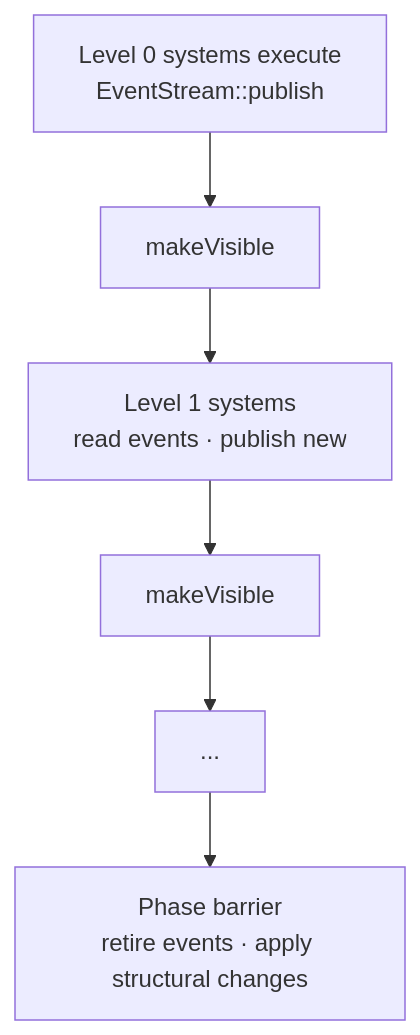
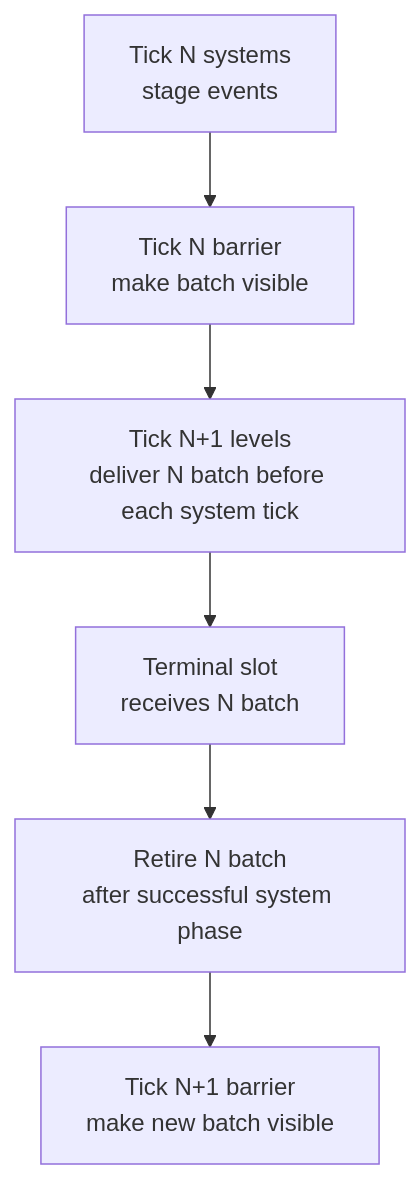
The second of 2 diagrams in 04 Design Docs/Systems/Game Loop — Frame Flow.md (techattackteam/TechEngine-vault), drawn with Mermaid before and after one commit. The commit also changed other lines of this file and 20 other files, not shown here.

````diff
--- a/04 Design Docs/Systems/Game Loop — Frame Flow.md
+++ b/04 Design Docs/Systems/Game Loop — Frame Flow.md
@@ -117,6 +121,8 @@
 ```mermaid
 flowchart TB
-    L0["Level 0 systems execute<br/>EventStream::publish"] --> V0["makeVisible"]
-    V0 --> L1["Level 1 systems<br/>read events · publish new"] --> V1["makeVisible"]
-    V1 --> LN["..."] --> PB["Phase barrier<br/>retire events · apply structural changes"]
+    N["Tick N systems<br/>stage events"] --> BN["Tick N barrier<br/>make batch visible"]
+    BN --> R["Tick N+1 levels<br/>deliver N batch before each system tick"]
+    R --> T["Terminal slot<br/>receives N batch"]
+    T --> D["Retire N batch<br/>after successful system phase"]
+    D --> B1["Tick N+1 barrier<br/>make new batch visible"]
 ```
````
